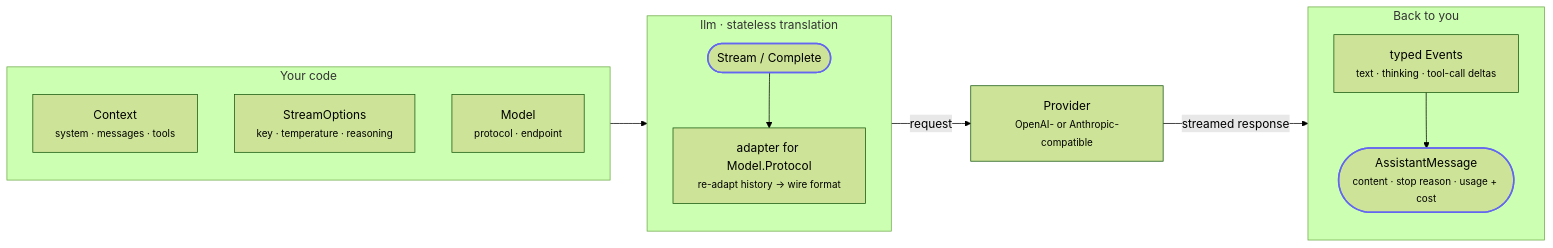
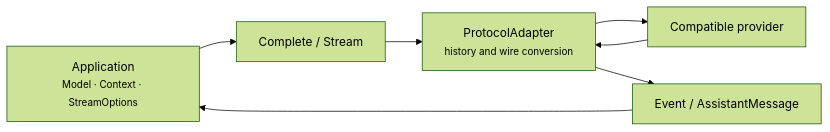
Before and after one commit to ktsoator/or: the diagram in docs/llm/README.md, drawn with Mermaid (forest theme). The commit also changed other lines of this file and 55 other files, not shown here.

````diff
--- a/docs/llm/README.md
+++ b/docs/llm/README.md
@@ -30,32 +21,11 @@
 ```mermaid
 flowchart LR
-    subgraph caller["Your code"]
-        direction TB
-        ctx["Context<br/><small>system · messages · tools</small>"]
-        opts["StreamOptions<br/><small>key · temperature · reasoning</small>"]
-        model["Model<br/><small>protocol · endpoint</small>"]
-    end
+    app["Application<br/><small>Model · Context · StreamOptions</small>"]
+    entry["Complete / Stream"]
+    adapter["ProtocolAdapter<br/><small>history and wire conversion</small>"]
+    provider["Compatible provider"]
+    result["Event / AssistantMessage"]
 
-    subgraph lib["llm · stateless translation"]
-        direction TB
-        entry(["Stream / Complete"])
-        adapt["adapter for Model.Protocol<br/><small>re-adapt history → wire format</small>"]
-        entry --> adapt
-    end
-
-    provider["Provider<br/><small>OpenAI- or Anthropic-compatible</small>"]
-
-    subgraph back["Back to you"]
-        direction TB
-        events["typed Events<br/><small>text · thinking · tool-call deltas</small>"]
-        final(["AssistantMessage<br/><small>content · stop reason · usage + cost</small>"])
-        events --> final
-    end
-
-    caller --> entry
-    adapt -->|request| provider
-    provider -->|streamed response| events
-
-    classDef accent stroke:#6366f1,stroke-width:2px;
-    class entry,final accent;
+    app --> entry --> adapter --> provider
+    provider --> adapter --> result --> app
 ```
````
